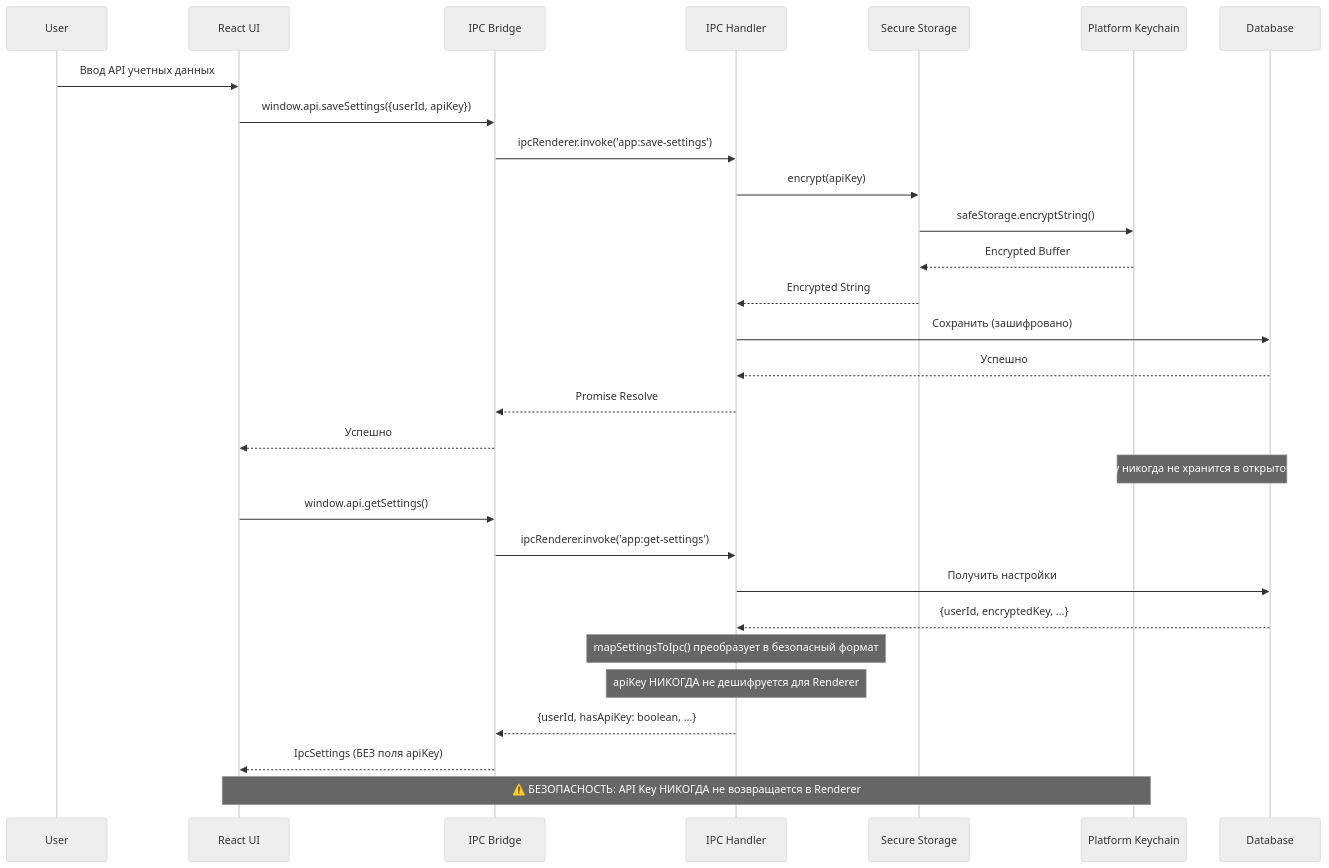
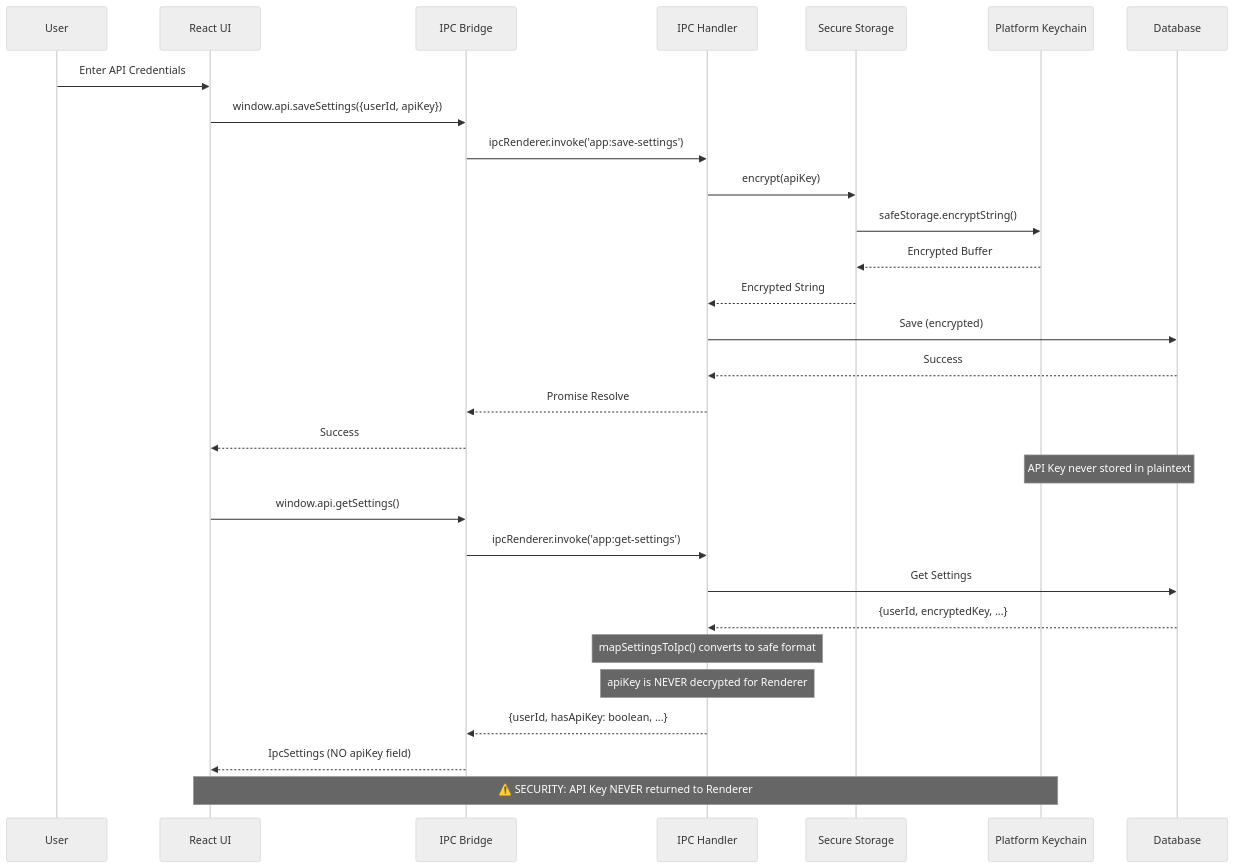
The sixth of 11 diagrams in .docs-i18n/ru/docs/architecture.md (KazeKaze93/RuleDesk), drawn with Mermaid (neutral theme) before and after one commit. The commit also changed other lines of this file and 8 other files, not shown here.

````diff
--- a/.docs-i18n/ru/docs/architecture.md
+++ b/.docs-i18n/ru/docs/architecture.md
@@ -766,35 +775,35 @@
 ```mermaid
 sequenceDiagram
     participant User
     participant ReactUI as React UI
     participant Bridge as IPC Bridge
     participant IPC as IPC Handler
     participant SecureStorage as Secure Storage
     participant Keychain as Platform Keychain
     participant DB as Database
 
-    User->>ReactUI: Ввод API учетных данных
+    User->>ReactUI: Enter API Credentials
     ReactUI->>Bridge: window.api.saveSettings({userId, apiKey})
     Bridge->>IPC: ipcRenderer.invoke('app:save-settings')
     IPC->>SecureStorage: encrypt(apiKey)
     SecureStorage->>Keychain: safeStorage.encryptString()
     Keychain-->>SecureStorage: Encrypted Buffer
     SecureStorage-->>IPC: Encrypted String
-    IPC->>DB: Сохранить (зашифровано)
-    DB-->>IPC: Успешно
+    IPC->>DB: Save (encrypted)
+    DB-->>IPC: Success
     IPC-->>Bridge: Promise Resolve
-    Bridge-->>ReactUI: Успешно
+    Bridge-->>ReactUI: Success
 
-    Note over DB,Keychain: API Key никогда не хранится в открытом виде
+    Note over DB,Keychain: API Key never stored in plaintext
 
     ReactUI->>Bridge: window.api.getSettings()
     Bridge->>IPC: ipcRenderer.invoke('app:get-settings')
-    IPC->>DB: Получить настройки
+    IPC->>DB: Get Settings
     DB-->>IPC: {userId, encryptedKey, ...}
-    Note over IPC: mapSettingsToIpc() преобразует в безопасный формат
-    Note over IPC: apiKey НИКОГДА не дешифруется для Renderer
+    Note over IPC: mapSettingsToIpc() converts to safe format
+    Note over IPC: apiKey is NEVER decrypted for Renderer
     IPC-->>Bridge: {userId, hasApiKey: boolean, ...}
-    Bridge-->>ReactUI: IpcSettings (БЕЗ поля apiKey)
+    Bridge-->>ReactUI: IpcSettings (NO apiKey field)
 
-    Note over ReactUI,Keychain: ⚠️ БЕЗОПАСНОСТЬ: API Key НИКОГДА не возвращается в Renderer
+    Note over ReactUI,Keychain: ⚠️ SECURITY: API Key NEVER returned to Renderer
 ```
````
